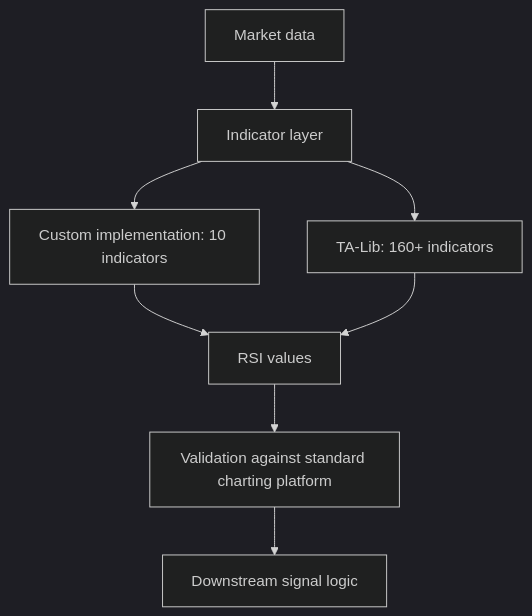
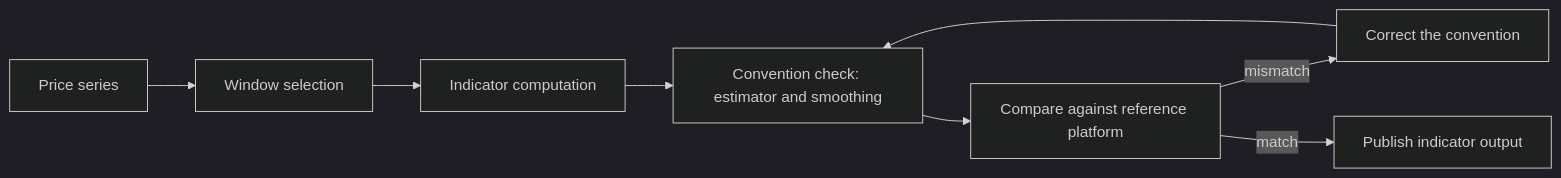
Before and after one commit to hybridindie/wiki-fabric: the diagram in wiki/topics/rsi-implementation.md, drawn with Mermaid (dark theme). The commit also changed other lines of this file and 43 other files, not shown here.

````diff
--- a/wiki/topics/rsi-implementation.md
+++ b/wiki/topics/rsi-implementation.md
@@ -31,10 +34,10 @@
 ```mermaid
-flowchart TD
-    A[Market data] --> B[Indicator layer]
-    B --> C[Custom implementation: 10 indicators]
-    B --> D[TA-Lib: 160+ indicators]
-    C --> E[RSI values]
-    D --> E
-    E --> F[Validation against standard charting platform]
-    F --> G[Downstream signal logic]
+flowchart LR
+    A[Price series] --> B[Window selection]
+    B --> C[Indicator computation]
+    C --> D[Convention check: estimator and smoothing]
+    D --> E[Compare against reference platform]
+    E -->|mismatch| F[Correct the convention]
+    F --> D
+    E -->|match| G[Publish indicator output]
 ```
````
